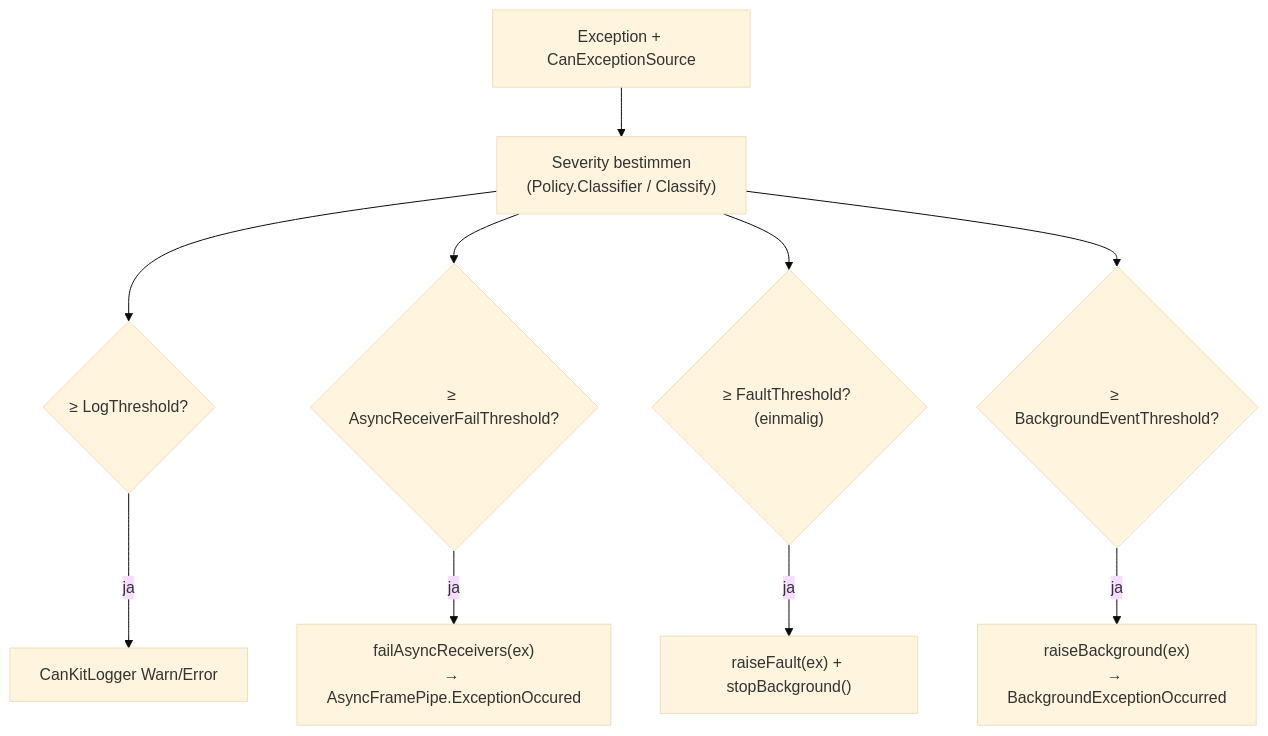
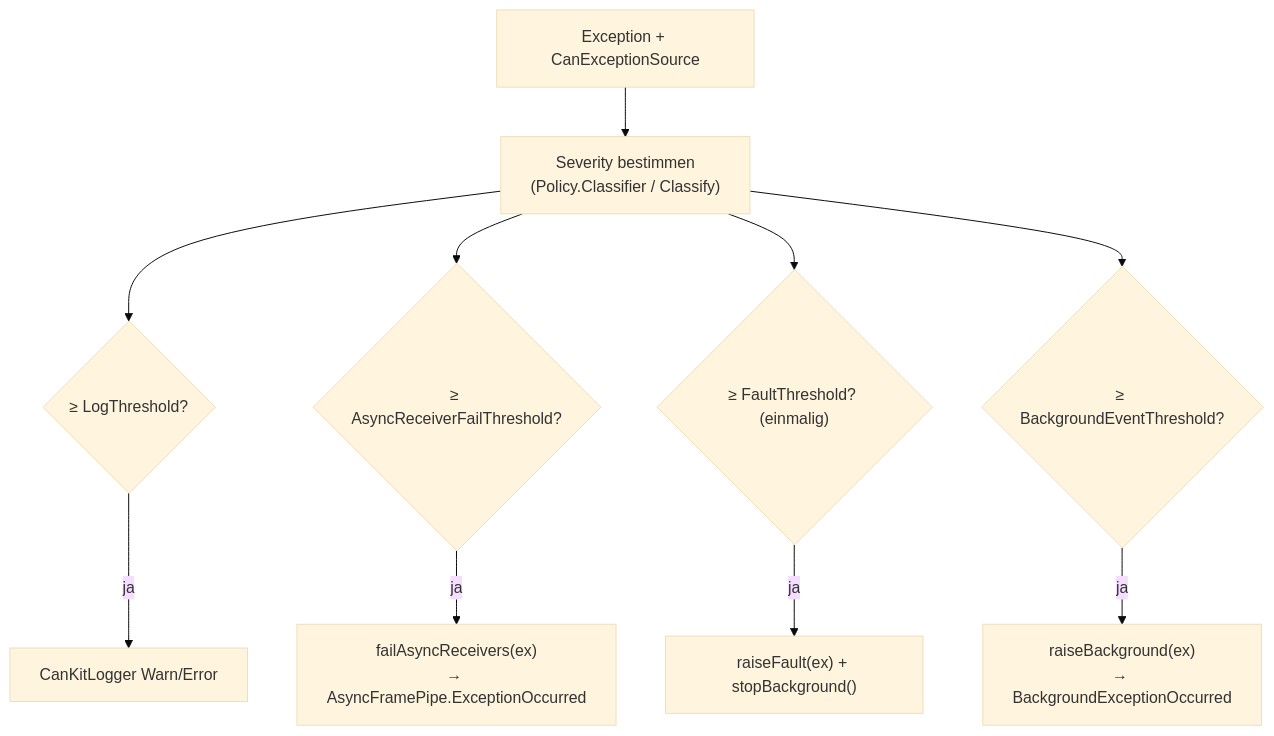
One commit to pkuyo/CanKit changed diagram 17 of 20 in docs/architecture/arc42-CanKit.md. Above: the diagram before and after it, drawn with Mermaid (base theme). The commit also changed other lines of this file and 13 other files, not shown here.

First line of the commit message:
fix(api): NFR-011 rename ExceptionOccured and ReadTImeOutMs

````diff
--- a/docs/architecture/arc42-CanKit.md
+++ b/docs/architecture/arc42-CanKit.md
@@ -1003,12 +1003,12 @@
 ```mermaid
 flowchart TB
     Ex["Exception + CanExceptionSource"] --> Classify["Severity bestimmen<br/>(Policy.Classifier / Classify)"]
     Classify --> Log{"≥ LogThreshold?"}
     Log -->|ja| LogW["CanKitLogger Warn/Error"]
     Classify --> FailA{"≥ AsyncReceiverFailThreshold?"}
-    FailA -->|ja| FailAsync["failAsyncReceivers(ex)<br/>→ AsyncFramePipe.ExceptionOccured"]
+    FailA -->|ja| FailAsync["failAsyncReceivers(ex)<br/>→ AsyncFramePipe.ExceptionOccurred"]
     Classify --> Fault{"≥ FaultThreshold? (einmalig)"}
     Fault -->|ja| RaiseFault["raiseFault(ex) + stopBackground()"]
     Classify --> Notify{"≥ BackgroundEventThreshold?"}
     Notify -->|ja| Bg["raiseBackground(ex)<br/>→ BackgroundExceptionOccurred"]
 ```
````
